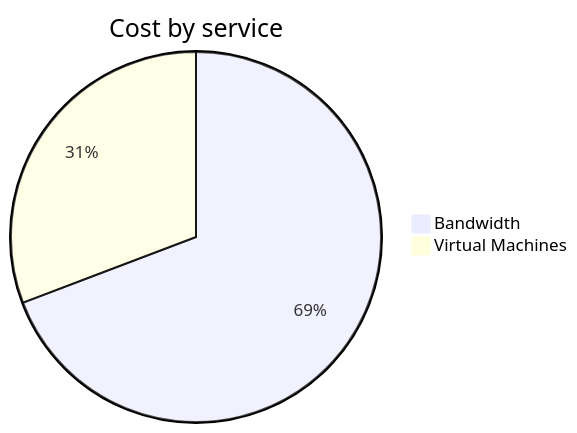
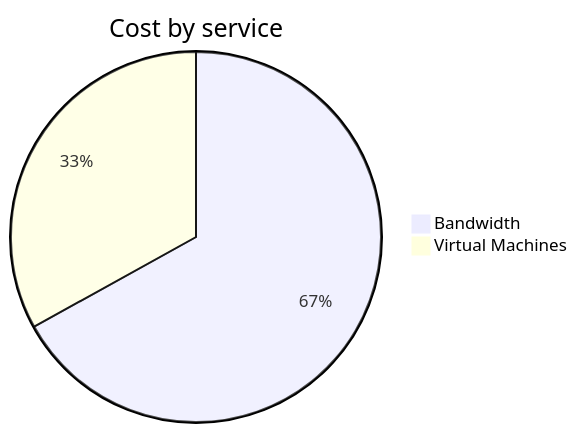
Before and after one commit to jpfulton/azure-personal-reports: the second of 4 diagrams in cost-reports/personal-network/vpn-server.md, drawn with Mermaid. The commit also changed other lines of this file and 8 other files, not shown here.

````diff
--- a/cost-reports/personal-network/vpn-server.md
+++ b/cost-reports/personal-network/vpn-server.md
@@ -96,6 +96,6 @@
 ```mermaid
 pie
    title Cost by service
    "Bandwidth" : 4.68
-   "Virtual Machines" : 2.08
+   "Virtual Machines" : 2.31
 ```
````
